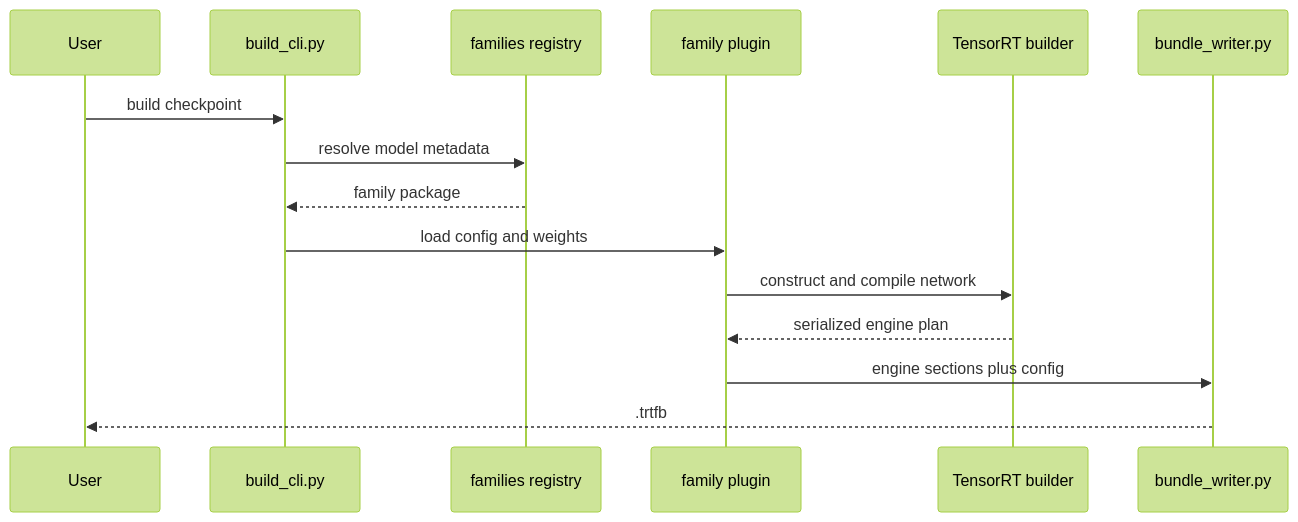
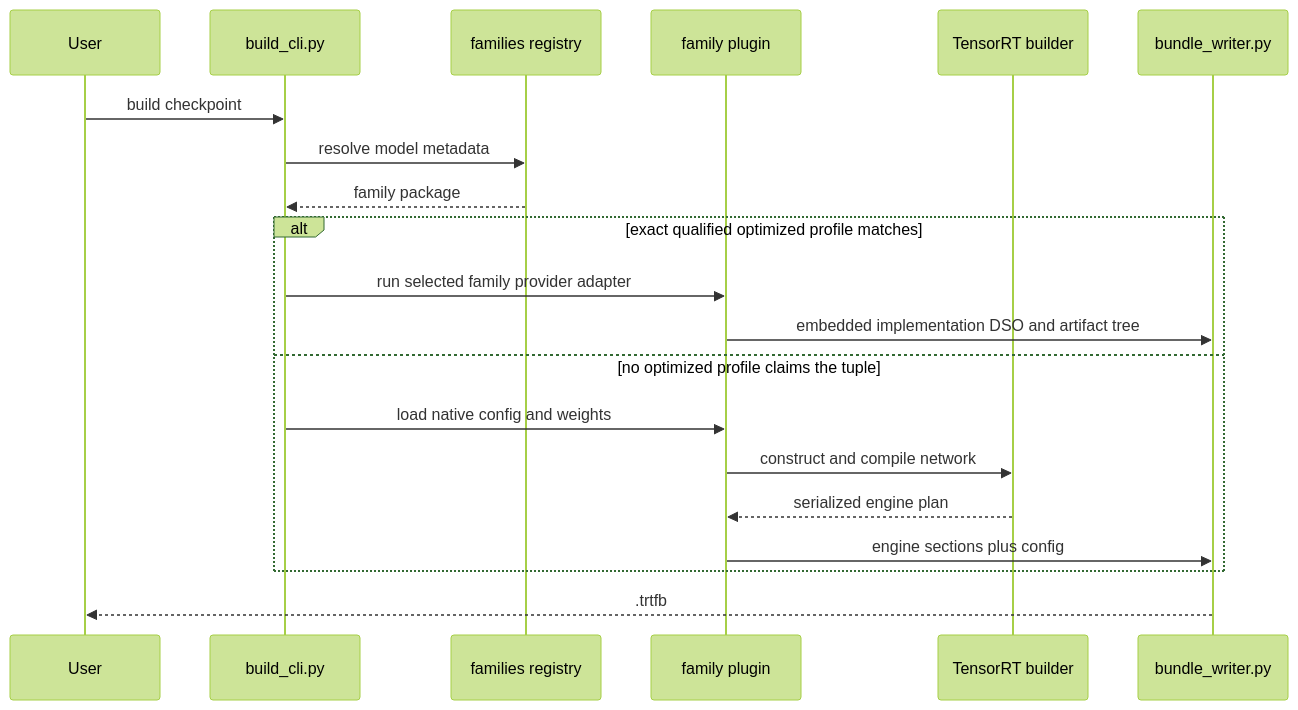
One commit to NVIDIA/TensorRT-Model-Connect changed the first of 2 diagrams in website/docs/wiki/Dynamic-Design.md. Above: the diagram before and after it, drawn with Mermaid (forest theme). The commit also changed other lines of this file and 76 other files, not shown here.

````diff
--- a/website/docs/wiki/Dynamic-Design.md
+++ b/website/docs/wiki/Dynamic-Design.md
@@ -7,18 +7,23 @@
 ```mermaid
 sequenceDiagram
   participant User
   participant CLI as build_cli.py
   participant Families as families registry
   participant Plugin as family plugin
   participant TRT as TensorRT builder
   participant Bundle as bundle_writer.py
 
   User->>CLI: build checkpoint
   CLI->>Families: resolve model metadata
   Families-->>CLI: family package
-  CLI->>Plugin: load config and weights
-  Plugin->>TRT: construct and compile network
-  TRT-->>Plugin: serialized engine plan
-  Plugin->>Bundle: engine sections plus config
+  alt exact qualified optimized profile matches
+    CLI->>Plugin: run selected family provider adapter
+    Plugin->>Bundle: embedded implementation DSO and artifact tree
+  else no optimized profile claims the tuple
+    CLI->>Plugin: load native config and weights
+    Plugin->>TRT: construct and compile network
+    TRT-->>Plugin: serialized engine plan
+    Plugin->>Bundle: engine sections plus config
+  end
   Bundle-->>User: .trtfb
 ```
````
